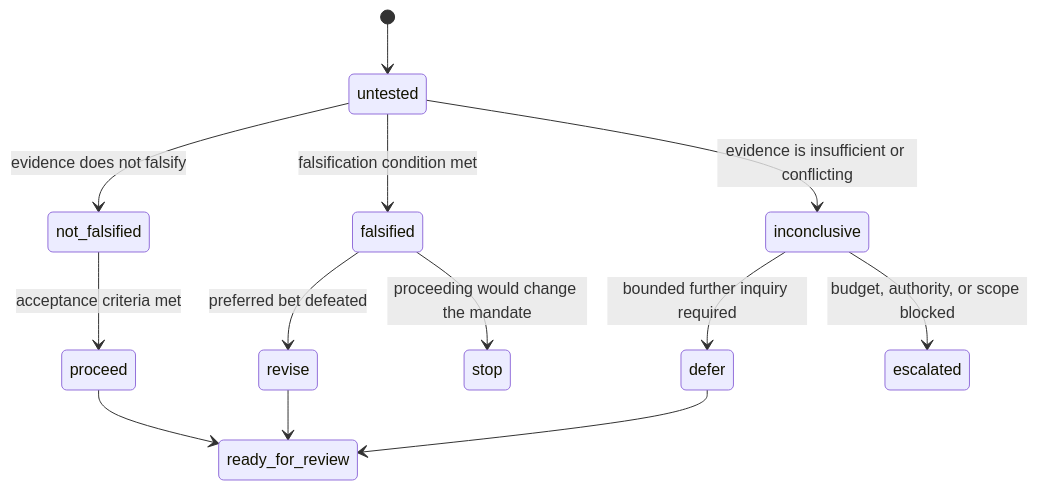
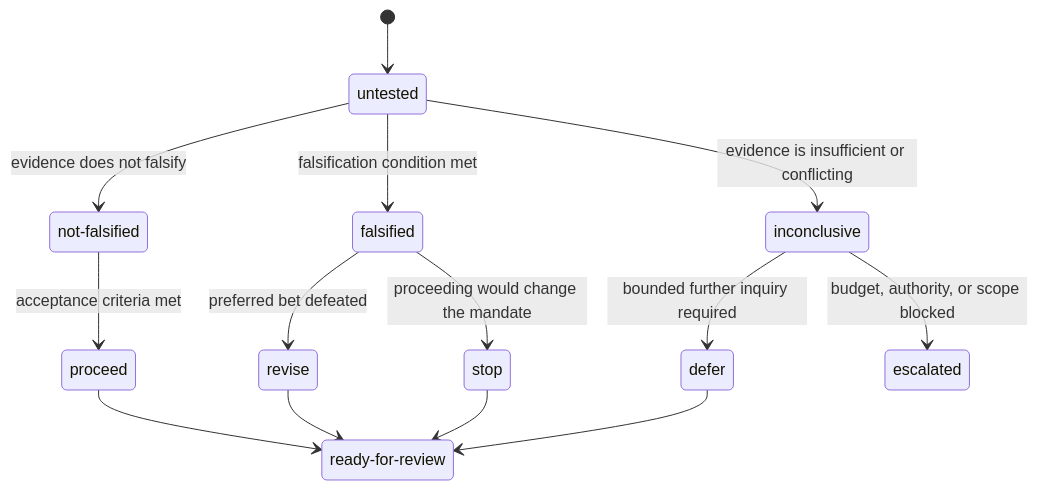
One commit to leynos/agent-helper-scripts changed the diagram in docs/users-guide.md. Above: the diagram before and after it, drawn with Mermaid.

Commit message:
docs: correct node labels and the stop path in the verdict diagram
Route the `stop` gate to `ready-for-review`. The manifest lists "proceed,
revise, defer, or stop recommendations" as decision-gate content of the
Step Design Report, so a stop is a recommendation the parent weighs, not
a halt. Leaving it terminal implied the role could abandon an assignment
without reporting, which no part of its contract permits.

Give `not_falsified` and `ready_for_review` display labels, so the
rendered nodes read `not-falsified` and `ready-for-review` to match the
verdict and status strings the role actually emits. The underscored forms
remain as Mermaid identifiers only. Match the accessible description to
the corrected diagram.

````diff
--- a/docs/users-guide.md
+++ b/docs/users-guide.md
@@ -458,29 +458,34 @@
 ```mermaid
 stateDiagram-v2
     accTitle: Natural Philosopher hypothesis verdict and decision gate flow
     accDescr {
         Every hypothesis begins untested and takes one of three verdicts:
-        not falsified when the evidence does not falsify it, falsified when a
+        not-falsified when the evidence does not falsify it, falsified when a
         falsification condition is met, or inconclusive when the evidence is
         insufficient or conflicting. Each verdict then reaches a decision
-        gate. Not falsified proceeds when the acceptance criteria are met.
+        gate. Not-falsified proceeds when the acceptance criteria are met.
         Falsified leads to revise when the preferred bet is defeated, or to
         stop when proceeding would change the mandate. Inconclusive leads to
         defer when bounded further inquiry is required, or to escalated when
-        budget, authority, or scope is blocked. The proceed, revise, and
-        defer gates all return a report that is ready for review. Escalated
-        is the report's other status, and stop is terminal.
+        budget, authority, or scope is blocked. The proceed, revise, defer,
+        and stop gates all return a report that is ready-for-review, because
+        each one is a recommendation for the parent to weigh. Escalated is
+        the report's other status, and the only one that does not carry a
+        recommendation.
     }
+    state "not-falsified" as not_falsified
+    state "ready-for-review" as ready_for_review
     [*] --> untested
     untested --> not_falsified: evidence does not falsify
     untested --> falsified: falsification condition met
     untested --> inconclusive: evidence is insufficient or conflicting
     not_falsified --> proceed: acceptance criteria met
     falsified --> revise: preferred bet defeated
     inconclusive --> defer: bounded further inquiry required
     proceed --> ready_for_review
     revise --> ready_for_review
     defer --> ready_for_review
     falsified --> stop: proceeding would change the mandate
+    stop --> ready_for_review
     inconclusive --> escalated: budget, authority, or scope blocked
 ```
````
